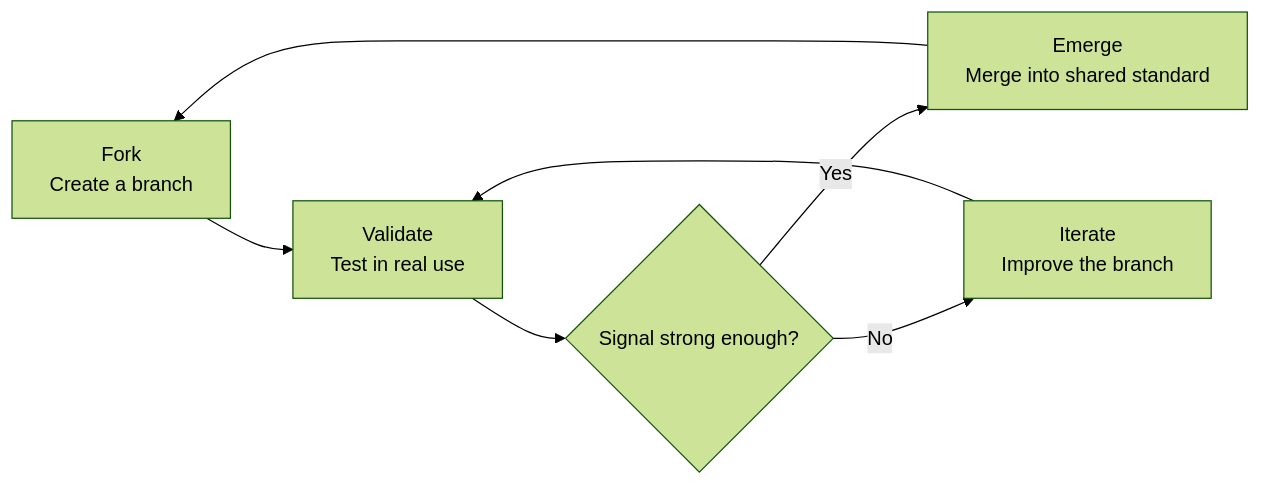
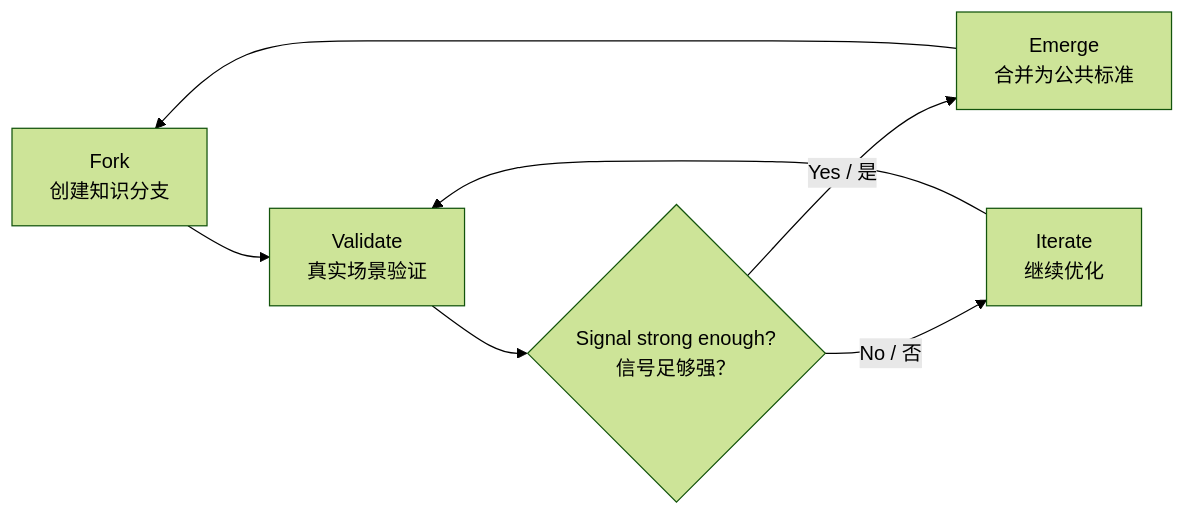
The diagram in README.md (Greatbeing/AI-Knowledge-Bank), drawn with Mermaid (forest theme) before and after one commit. The commit also changed other lines of this file and 1 other file, not shown here.

````diff
--- a/README.md
+++ b/README.md
@@ -48,9 +52,9 @@
 ```mermaid
 flowchart LR
-  A["Fork<br/>Create a branch"] --> B["Validate<br/>Test in real use"]
-  B --> C{"Signal strong enough?"}
-  C -->|Yes| D["Emerge<br/>Merge into shared standard"]
-  C -->|No| E["Iterate<br/>Improve the branch"]
+  A["Fork<br/>创建知识分支"] --> B["Validate<br/>真实场景验证"]
+  B --> C{"Signal strong enough?<br/>信号足够强？"}
+  C -->|Yes / 是| D["Emerge<br/>合并为公共标准"]
+  C -->|No / 否| E["Iterate<br/>继续优化"]
   E --> B
   D --> A
 ```
````
